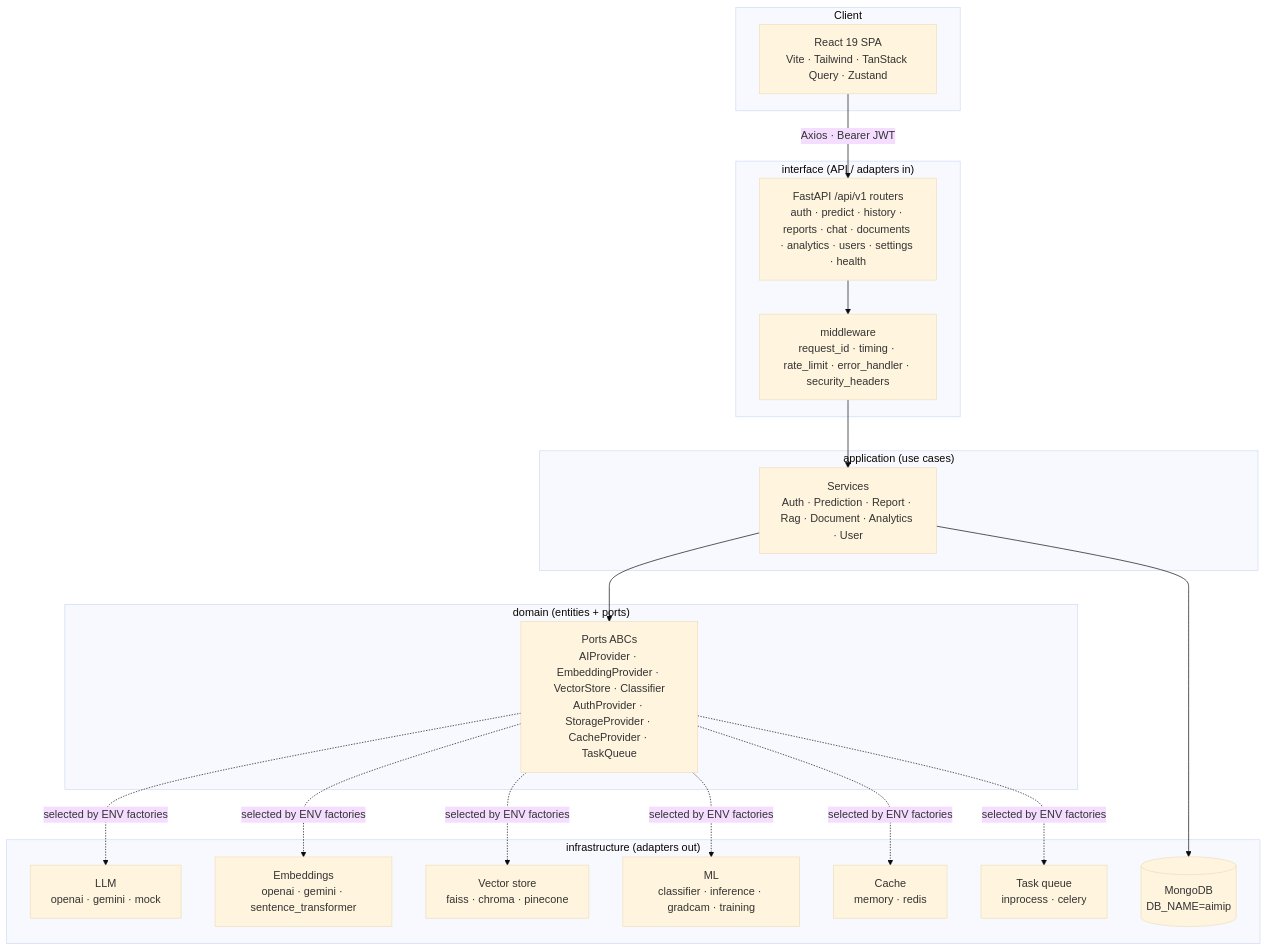
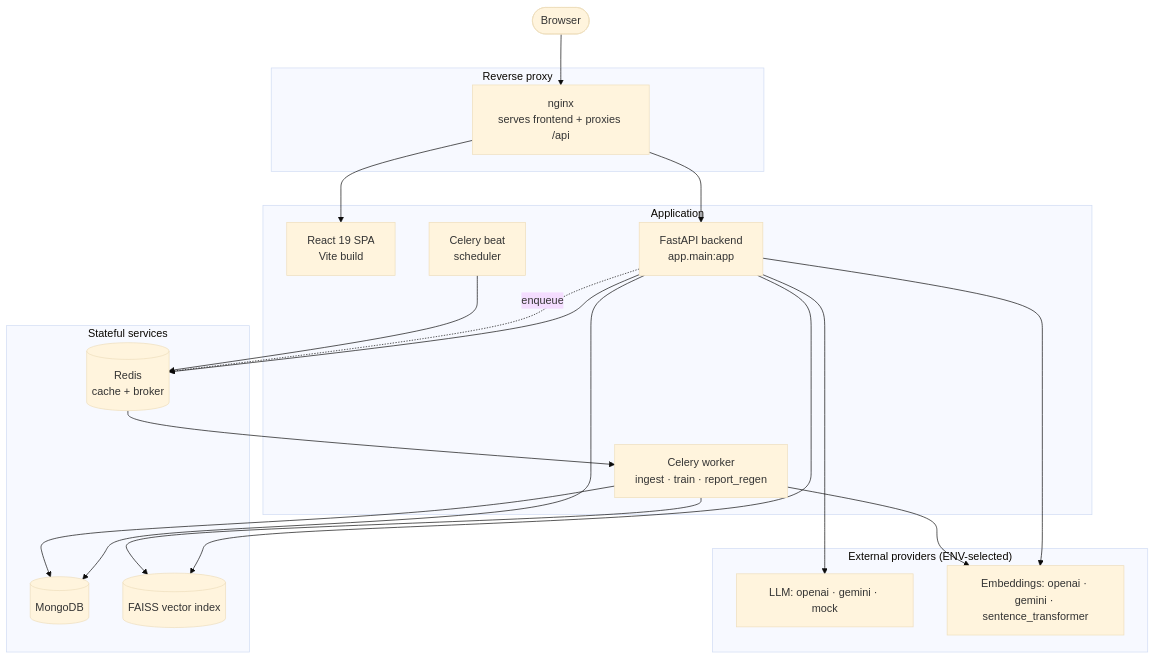
Before and after one commit to AdarshShrivastava29/Advanced-AI-Medical-Intelligence-Platform: the diagram in README.md, drawn with Mermaid (base theme). The commit also changed other lines of this file and 38 other files, not shown here.

````diff
--- a/README.md
+++ b/README.md
@@ -90,35 +66,41 @@
 ```mermaid
 flowchart TB
-    subgraph Client
-      FE[React 19 SPA<br/>Vite · Tailwind · TanStack Query · Zustand]
-    end
+  user([Browser])
 
-    subgraph Interface["interface (API / adapters in)"]
-      API[FastAPI /api/v1 routers<br/>auth · predict · history · reports · chat · documents · analytics · users · settings · health]
-      MW[middleware<br/>request_id · timing · rate_limit · error_handler · security_headers]
-    end
+  subgraph edge["Reverse proxy"]
+    NG[nginx<br/>serves frontend + proxies /api]
+  end
 
-    subgraph Application["application (use cases)"]
-      SVC[Services<br/>Auth · Prediction · Report · Rag · Document · Analytics · User]
-    end
+  subgraph app["Application"]
+    FE[React 19 SPA<br/>Vite build]
+    API[FastAPI backend<br/>app.main:app]
+    WK[Celery worker<br/>ingest · train · report_regen]
+    BEAT[Celery beat<br/>scheduler]
+  end
 
-    subgraph Domain["domain (entities + ports)"]
-      PORTS[Ports ABCs<br/>AIProvider · EmbeddingProvider · VectorStore · Classifier<br/>AuthProvider · StorageProvider · CacheProvider · TaskQueue]
-    end
+  subgraph data["Stateful services"]
+    MG[(MongoDB)]
+    RD[(Redis<br/>cache + broker)]
+    VS[(FAISS vector index)]
+  end
 
-    subgraph Infrastructure["infrastructure (adapters out)"]
-      LLM[LLM<br/>openai · gemini · mock]
-      EMB[Embeddings<br/>openai · gemini · sentence_transformer]
-      VDB[Vector store<br/>faiss · chroma · pinecone]
-      ML[ML<br/>classifier · inference · gradcam · training]
-      CACHE[Cache<br/>memory · redis]
-      TQ[Task queue<br/>inprocess · celery]
-      DB[(MongoDB<br/>DB_NAME=aimip)]
-    end
+  subgraph providers["External providers (ENV-selected)"]
+    LLM[LLM: openai · gemini · mock]
+    EMB[Embeddings: openai · gemini · sentence_transformer]
+  end
 
-    FE -->|Axios · Bearer JWT| API
-    API --> MW --> SVC
-    SVC --> PORTS
-    PORTS -.selected by ENV factories.-> LLM & EMB & VDB & ML & CACHE & TQ
-    SVC --> DB
+  user --> NG
+  NG --> FE
+  NG --> API
+  API --> MG
+  API --> RD
+  API --> VS
+  API --> LLM
+  API --> EMB
+  API -. enqueue .-> RD
+  RD --> WK
+  BEAT --> RD
+  WK --> MG
+  WK --> VS
+  WK --> EMB
 ```
````
